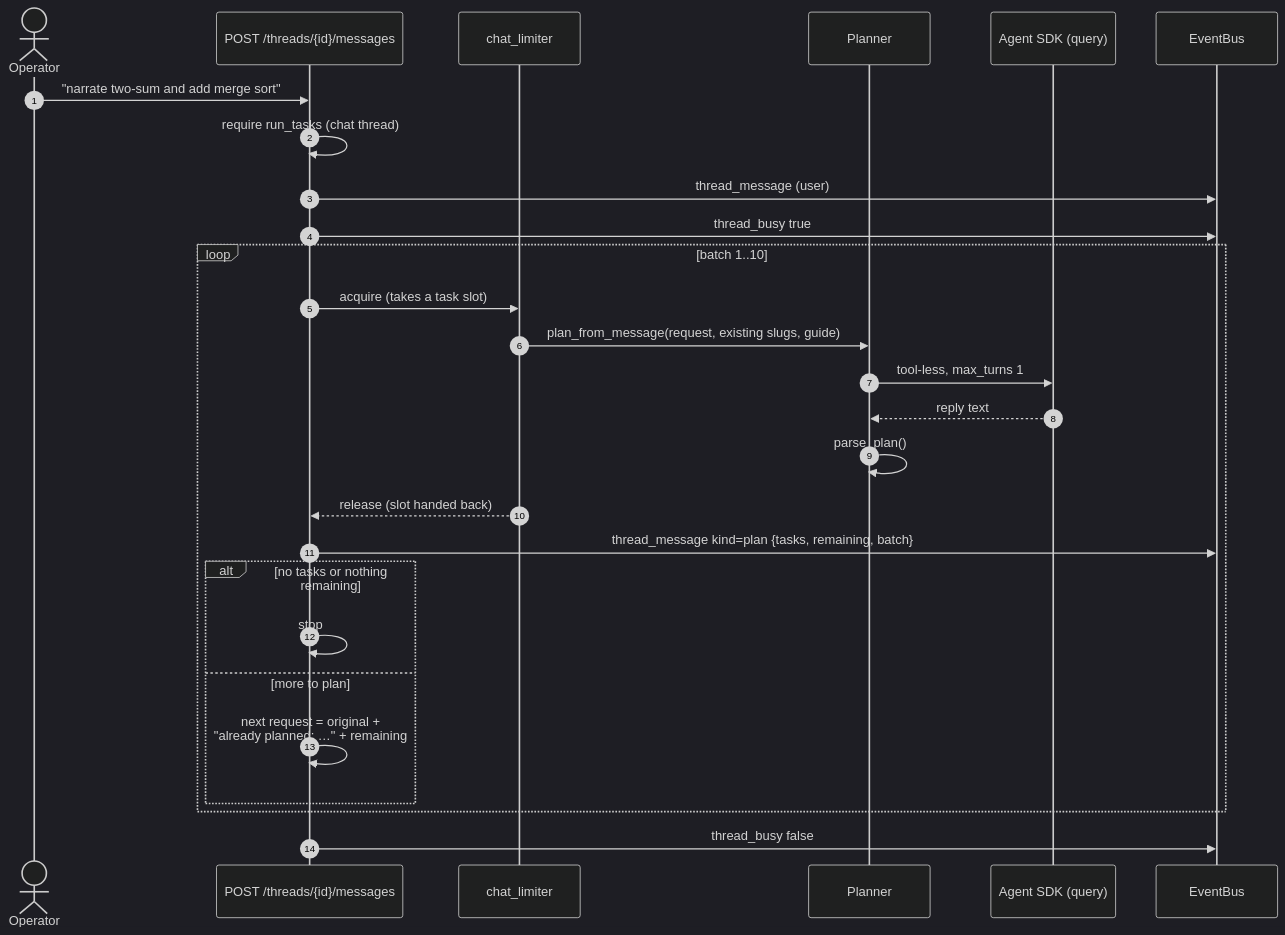
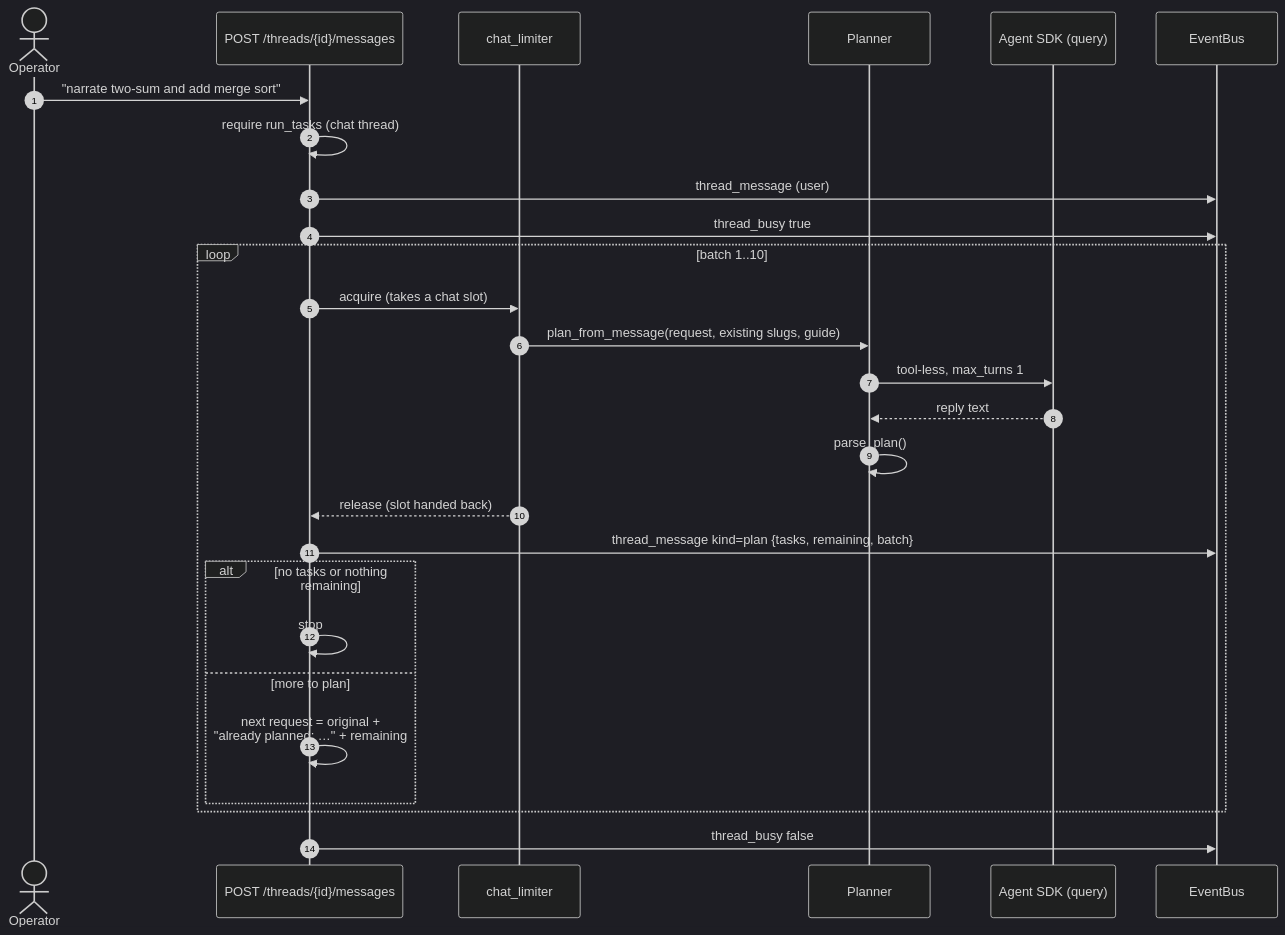
The second of 5 diagrams in design/04_planning_chat.md (radubools/dex), drawn with Mermaid (dark theme) before and after one commit. The commit also changed other lines of this file and 674 other files, not shown here.

````diff
--- a/design/04_planning_chat.md
+++ b/design/04_planning_chat.md
@@ -81,30 +81,30 @@
 ```mermaid
 sequenceDiagram
     autonumber
     actor O as Operator
     participant API as POST /threads/{id}/messages
     participant L as chat_limiter
     participant P as Planner
     participant SDK as Agent SDK (query)
     participant B as EventBus
 
     O->>API: "narrate two-sum and add merge sort"
     API->>API: require run_tasks (chat thread)
     API->>B: thread_message (user)
     API->>B: thread_busy true
     loop batch 1..10
-        API->>L: acquire (takes a task slot)
+        API->>L: acquire (takes a chat slot)
         L->>P: plan_from_message(request, existing slugs, guide)
         P->>SDK: tool-less, max_turns 1
         SDK-->>P: reply text
         P->>P: parse_plan()
         L-->>API: release (slot handed back)
         API->>B: thread_message kind=plan {tasks, remaining, batch}
         alt no tasks or nothing remaining
             API->>API: stop
         else more to plan
             API->>API: next request = original +<br/>"already planned: …" + remaining
         end
     end
     API->>B: thread_busy false
 ```
````
